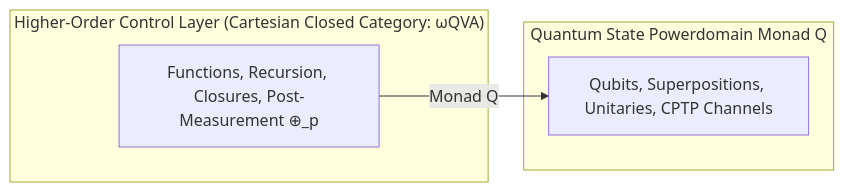
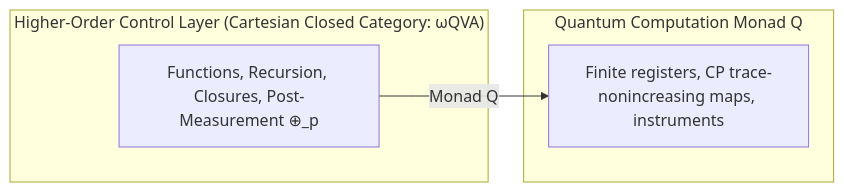
The fourth of 5 diagrams in arxiv.md (catskillsresearch/qlambda), drawn with Mermaid before and after one commit. The commit also changed other lines of this file and 12 other files, not shown here.

````diff
--- a/arxiv.md
+++ b/arxiv.md
@@ -159,10 +159,10 @@
 ```mermaid
 graph LR
     subgraph "Higher-Order Control Layer (Cartesian Closed Category: ωQVA)"
         CC["Functions, Recursion, Closures, Post-Measurement ⊕_p"]
     end
-    subgraph "Quantum State Powerdomain Monad Q"
-        QD["Qubits, Superpositions, Unitaries, CPTP Channels"]
+    subgraph "Quantum Computation Monad Q"
+        QD["Finite registers, CP trace-nonincreasing maps, instruments"]
     end
     CC -->|Monad Q| QD
 ```
````
